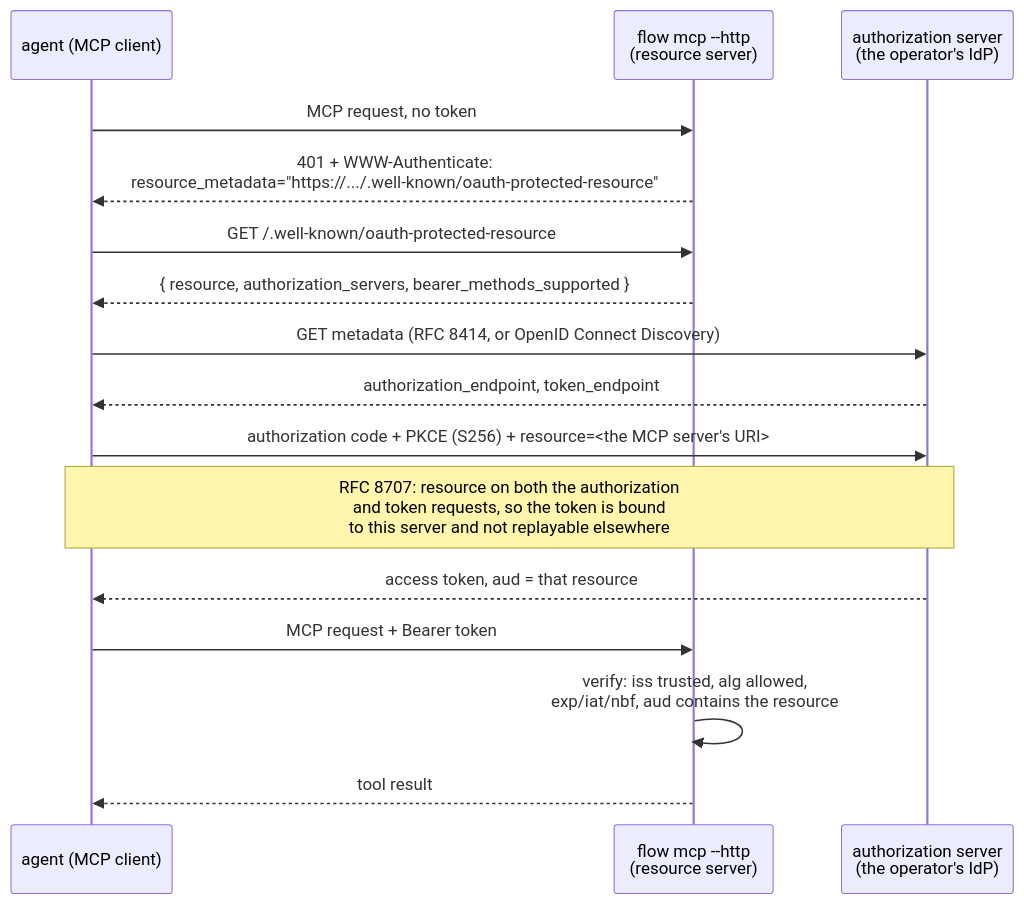
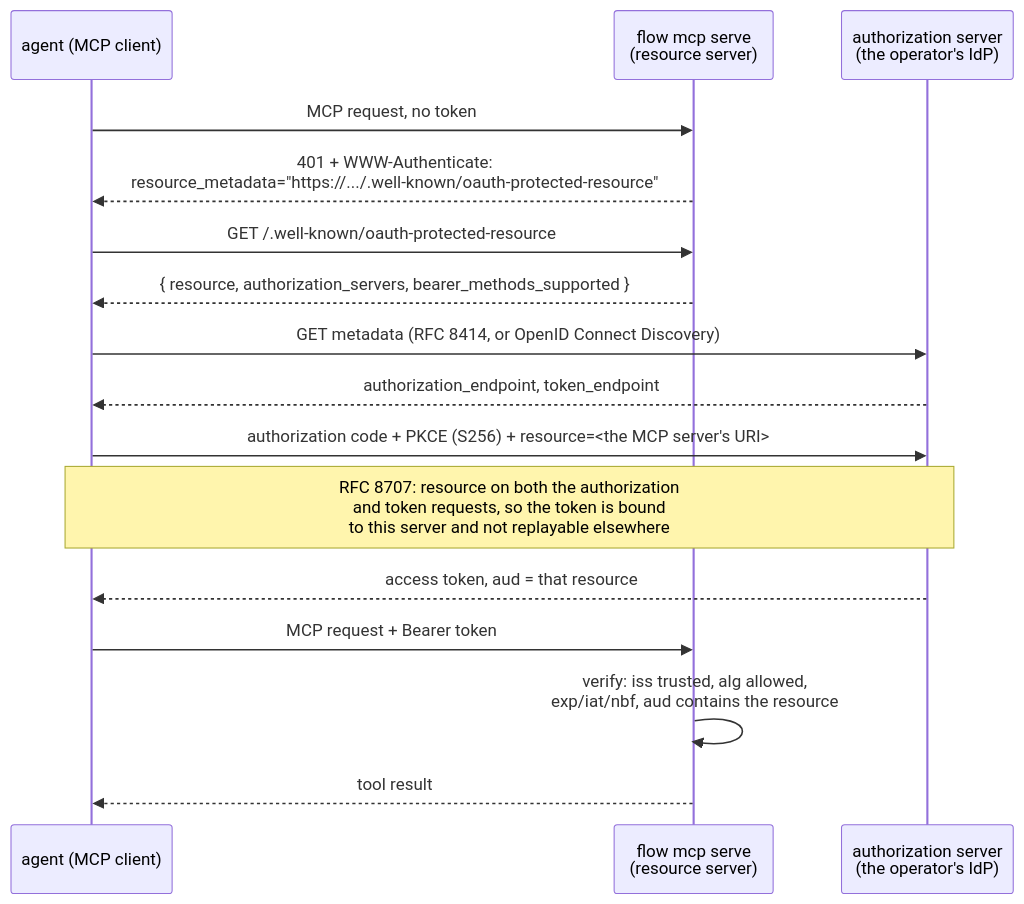
Before and after one commit to picatz/flowstate: the diagram in docs/MCP_AUTHORIZATION.md, drawn with Mermaid. The commit also changed other lines of this file and 2 other files, not shown here.

Commit message:
docs: reconcile the MCP authorization recipe and CLI reference with flow mcp serve

````diff
--- a/docs/MCP_AUTHORIZATION.md
+++ b/docs/MCP_AUTHORIZATION.md
@@ -35,19 +39,19 @@
 ```mermaid
 sequenceDiagram
     participant A as agent (MCP client)
-    participant F as flow mcp --http<br/>(resource server)
+    participant F as flow mcp serve<br/>(resource server)
     participant AS as authorization server<br/>(the operator's IdP)
 
     A->>F: MCP request, no token
     F-->>A: 401 + WWW-Authenticate:<br/>resource_metadata="https://.../.well-known/oauth-protected-resource"
     A->>F: GET /.well-known/oauth-protected-resource
     F-->>A: { resource, authorization_servers, bearer_methods_supported }
     A->>AS: GET metadata (RFC 8414, or OpenID Connect Discovery)
     AS-->>A: authorization_endpoint, token_endpoint
     A->>AS: authorization code + PKCE (S256) + resource=<the MCP server's URI>
     Note over A,AS: RFC 8707: resource on both the authorization<br/>and token requests, so the token is bound<br/>to this server and not replayable elsewhere
     AS-->>A: access token, aud = that resource
     A->>F: MCP request + Bearer token
     F->>F: verify: iss trusted, alg allowed,<br/>exp/iat/nbf, aud contains the resource
     F-->>A: tool result
 ```
````
